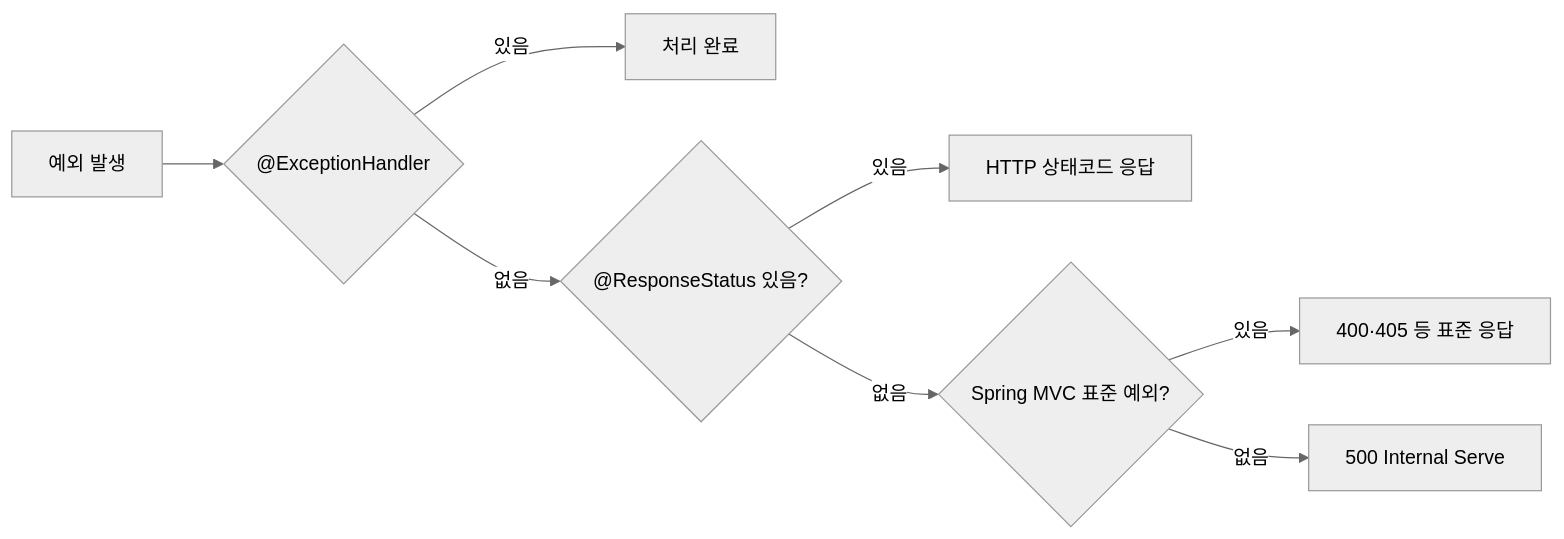
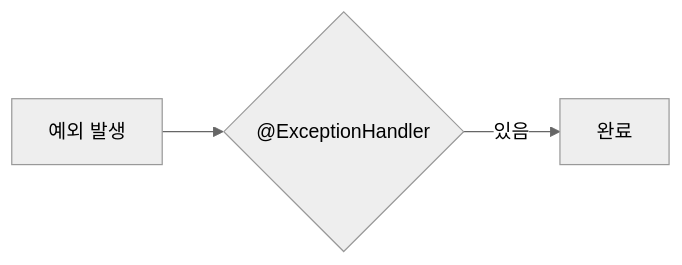
The eighth of 14 diagrams in _posts/spring/2026-05-02-spring-mvc-deep.md (yjkim2015/yjkim2015.github.io), drawn with Mermaid (neutral theme) before and after one commit. The commit also changed other lines of this file and 149 other files, not shown here.

First line of the commit message:
Mermaid 가독성 개선: 라벨 축약, 노드 축소, TD→LR 변환

````diff
--- a/_posts/spring/2026-05-02-spring-mvc-deep.md
+++ b/_posts/spring/2026-05-02-spring-mvc-deep.md
@@ -537,10 +536,5 @@
 ```mermaid
 flowchart LR
     A["예외 발생"] --> B{"@ExceptionHandler"}
-    B -->|"있음"| C["처리 완료"]
-    B -->|"없음"| D{"@ResponseStatus 있음?"}
-    D -->|"있음"| E["HTTP 상태코드 응답"]
-    D -->|"없음"| F{"Spring MVC 표준 예외?"}
-    F -->|"있음"| G["400·405 등 표준 응답"]
-    F -->|"없음"| H["500 Internal Serve"]
+    B -->|"있음"| C[" 완료"]
 ```
````
